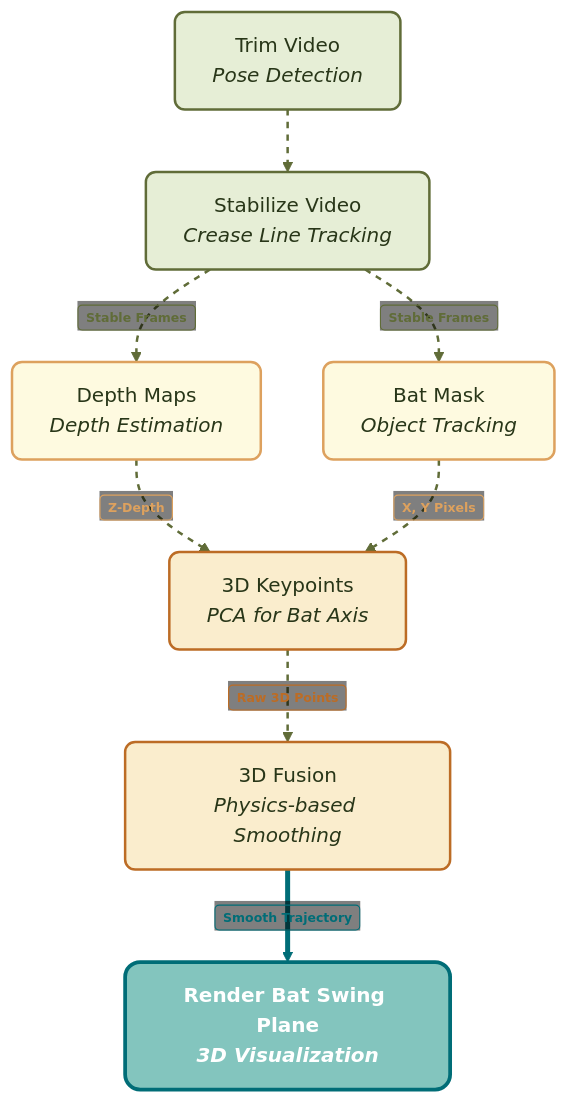
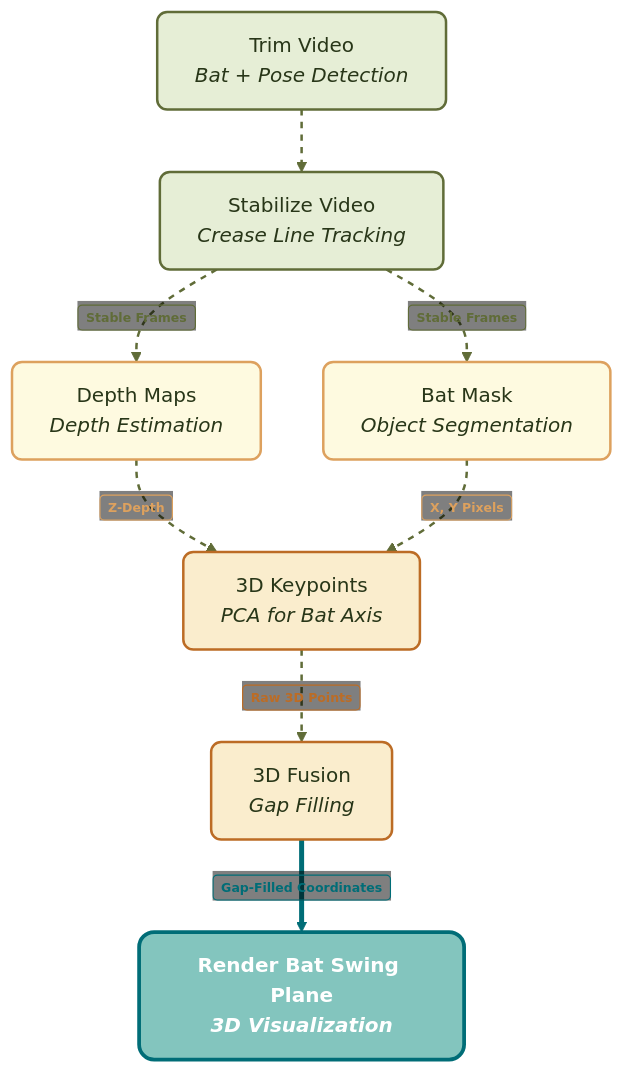
The fourth of 9 diagrams in pipeline_diagrams.md (adnanmsk/blog_privew), drawn with Mermaid before and after one commit. The commit also changed other lines of this file, not shown here.

Commit message:
Update terminology in pipeline diagrams to match Option 13

````diff
--- a/pipeline_diagrams.md
+++ b/pipeline_diagrams.md
@@ -89,19 +89,19 @@
 ```mermaid
 %%{init: {'theme': 'base', 'themeVariables': { 'edgeLabelBackground':'transparent' }}}%%
 flowchart TD
     classDef prep fill:#e6eed6,stroke:#606c38,stroke-width:2px,color:#283618,rx:8px,ry:8px
     classDef infer fill:#fefae0,stroke:#dda15e,stroke-width:2px,color:#283618,rx:8px,ry:8px
     classDef phys fill:#faedcd,stroke:#bc6c25,stroke-width:2px,color:#283618,rx:8px,ry:8px
     classDef out fill:#83c5be,stroke:#006d77,stroke-width:3px,color:#fff,rx:12px,ry:12px,font-weight:bold
 
-    T["Trim Video<br><i>Pose Detection</i>"]:::prep --> S["Stabilize Video<br><i>Crease Line Tracking</i>"]:::prep
+    T["Trim Video<br><i>Bat + Pose Detection</i>"]:::prep --> S["Stabilize Video<br><i>Crease Line Tracking</i>"]:::prep
     S -- "<span style='background:transparent !important; border:1.5px solid #606c38 !important; color:#606c38 !important; padding:2px 6px; border-radius:4px; font-size:10px; font-weight:bold; display:inline-block;'>Stable Frames</span>" --> D["Depth Maps<br><i>Depth Estimation</i>"]:::infer
-    S -- "<span style='background:transparent !important; border:1.5px solid #606c38 !important; color:#606c38 !important; padding:2px 6px; border-radius:4px; font-size:10px; font-weight:bold; display:inline-block;'>Stable Frames</span>" --> Seg["Bat Mask<br><i>Object Tracking</i>"]:::infer
+    S -- "<span style='background:transparent !important; border:1.5px solid #606c38 !important; color:#606c38 !important; padding:2px 6px; border-radius:4px; font-size:10px; font-weight:bold; display:inline-block;'>Stable Frames</span>" --> Seg["Bat Mask<br><i>Object Segmentation</i>"]:::infer
     D -- "<span style='background:transparent !important; border:1.5px solid #dda15e !important; color:#dda15e !important; padding:2px 6px; border-radius:4px; font-size:10px; font-weight:bold; display:inline-block;'>Z-Depth</span>" --> K["3D Keypoints<br><i>PCA for Bat Axis</i>"]:::phys
     Seg -- "<span style='background:transparent !important; border:1.5px solid #dda15e !important; color:#dda15e !important; padding:2px 6px; border-radius:4px; font-size:10px; font-weight:bold; display:inline-block;'>X, Y Pixels</span>" --> K
-    K -- "<span style='background:transparent !important; border:1.5px solid #bc6c25 !important; color:#bc6c25 !important; padding:2px 6px; border-radius:4px; font-size:10px; font-weight:bold; display:inline-block;'>Raw 3D Points</span>" --> F["3D Fusion<br><i>Physics-based Smoothing</i>"]:::phys
-    F -- "<span style='background:transparent !important; border:1.5px solid #006d77 !important; color:#006d77 !important; padding:2px 6px; border-radius:4px; font-size:10px; font-weight:bold; display:inline-block;'>Smooth Trajectory</span>" --> R["Render Bat Swing Plane<br><i>3D Visualization</i>"]:::out
+    K -- "<span style='background:transparent !important; border:1.5px solid #bc6c25 !important; color:#bc6c25 !important; padding:2px 6px; border-radius:4px; font-size:10px; font-weight:bold; display:inline-block;'>Raw 3D Points</span>" --> F["3D Fusion<br><i>Gap Filling</i>"]:::phys
+    F -- "<span style='background:transparent !important; border:1.5px solid #006d77 !important; color:#006d77 !important; padding:2px 6px; border-radius:4px; font-size:10px; font-weight:bold; display:inline-block;'>Gap-Filled Coordinates</span>" --> R["Render Bat Swing Plane<br><i>3D Visualization</i>"]:::out
 
     linkStyle 0,1,2,3,4,5 stroke:#606c38,stroke-width:2px,stroke-dasharray: 5 5
     linkStyle 6 stroke:#006d77,stroke-width:4px
 ```
````
